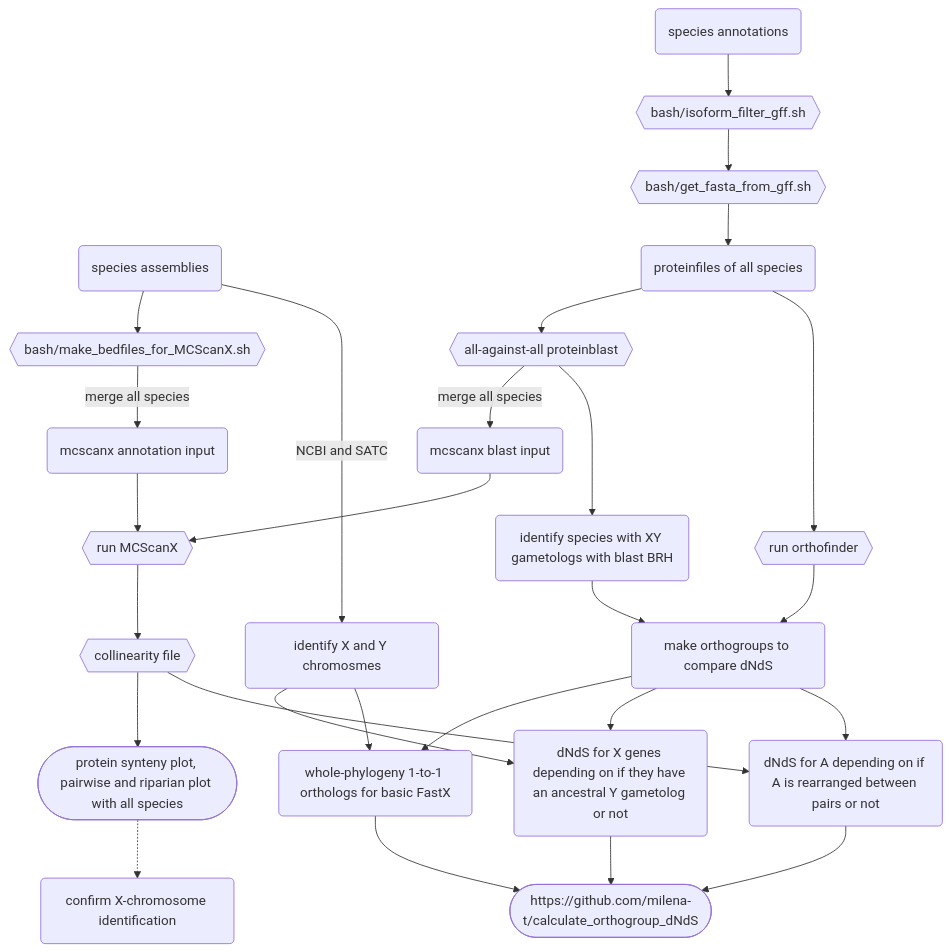
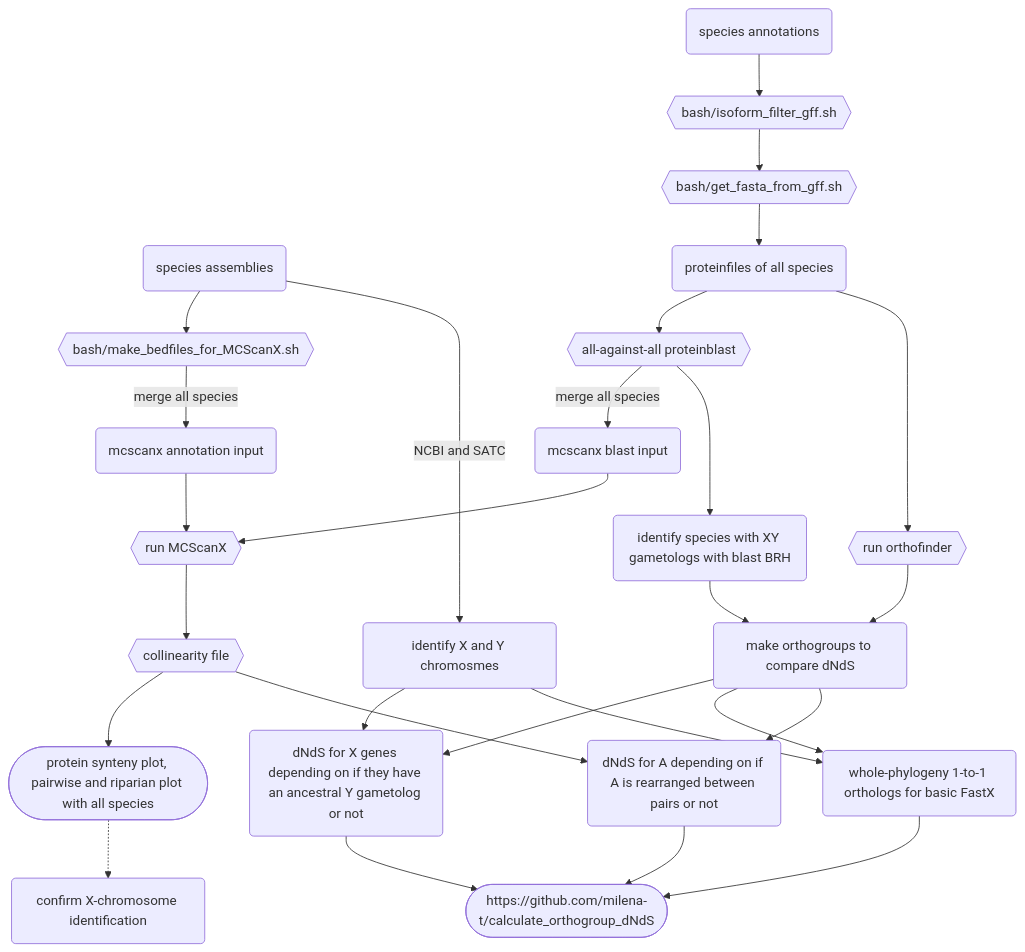
The diagram in README.md (milena-t/PhD_chapter3), drawn with Mermaid before and after one commit. The commit also changed other lines of this file, not shown here.

Commit message:
moremermaid

````diff
--- a/README.md
+++ b/README.md
@@ -55,39 +55,39 @@
 ```mermaid
 graph TD;
     species_Ass(species assemblies);
     species_Ass --> simplified_bed{{bash/make_bedfiles_for_MCScanX.sh}};
     simplified_bed -- merge all species --> mcscanx_bed(mcscanx annotation input);
     
     species_Ann(species annotations);
     species_Ann --> is_filter{{bash/isoform_filter_gff.sh}};
     is_filter --> get_prot{{bash/get_fasta_from_gff.sh}};
     get_prot --> protfiles(proteinfiles of all species);
     protfiles --> blast{{all-against-all proteinblast}};
     blast -- merge all species --> mcscanx_blast(mcscanx blast input);
 
     mcscanx_bed --> run_mcscanx{{run MCScanX}};
     mcscanx_blast --> run_mcscanx
     run_mcscanx --> mcscanx_out{{collinearity file}}
     mcscanx_out --> mcscanx_plot([protein synteny plot, pairwise and riparian plot with all species])
     mcscanx_plot .-> conf_X(confirm X-chromosome identification)
 
     species_Ass -- NCBI and SATC --> XY_chr(identify X and Y chromosmes);
     protfiles --> orthofinder{{run orthofinder}};
     
     blast --> XY_paralogs(identify species with XY gametologs with blast BRH);
     XY_paralogs --> dNdS_groups(make orthogroups to compare dNdS);
     orthofinder --> dNdS_groups;
 
+    dNdS_groups --> gametologs(dNdS for X genes depending on if they have an ancestral Y gametolog or not);
     dNdS_groups --> basicFastX(whole-phylogeny 1-to-1 orthologs for basic FastX);
-    dNdS_groups --> gametologs(dNdS for X genes depending on if they have an ancestral Y gametolog or not);
     XY_chr --> gametologs
     XY_chr --> basicFastX
     dNdS_groups --> rearrangeA(dNdS for A depending on if A is rearranged between pairs or not)
     mcscanx_out --> rearrangeA
 
     OG_dNdS([https://github.com/milena-t/calculate_orthogroup_dNdS])
     gametologs --> OG_dNdS
     basicFastX --> OG_dNdS
     rearrangeA --> OG_dNdS
 
 ```   
````
